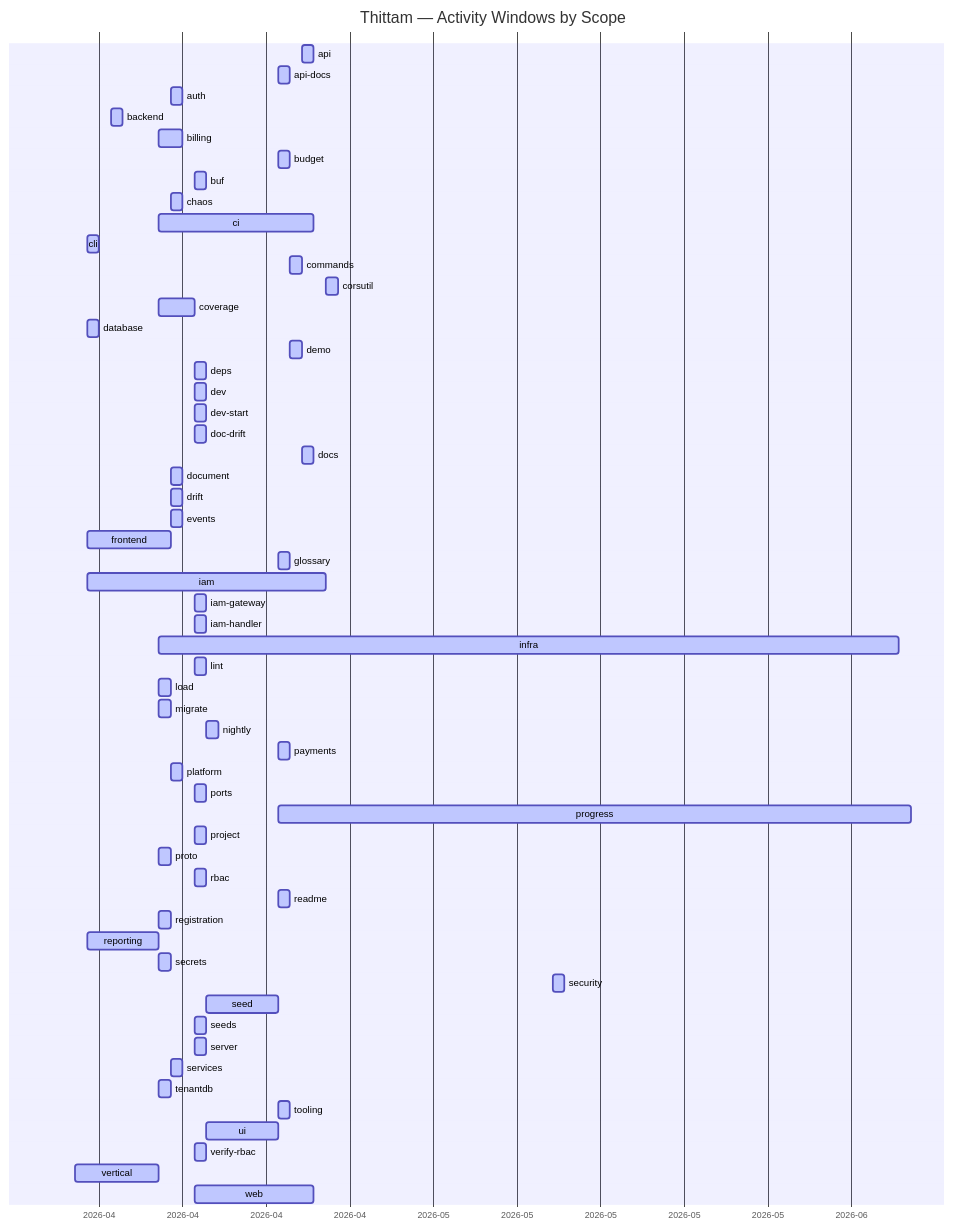
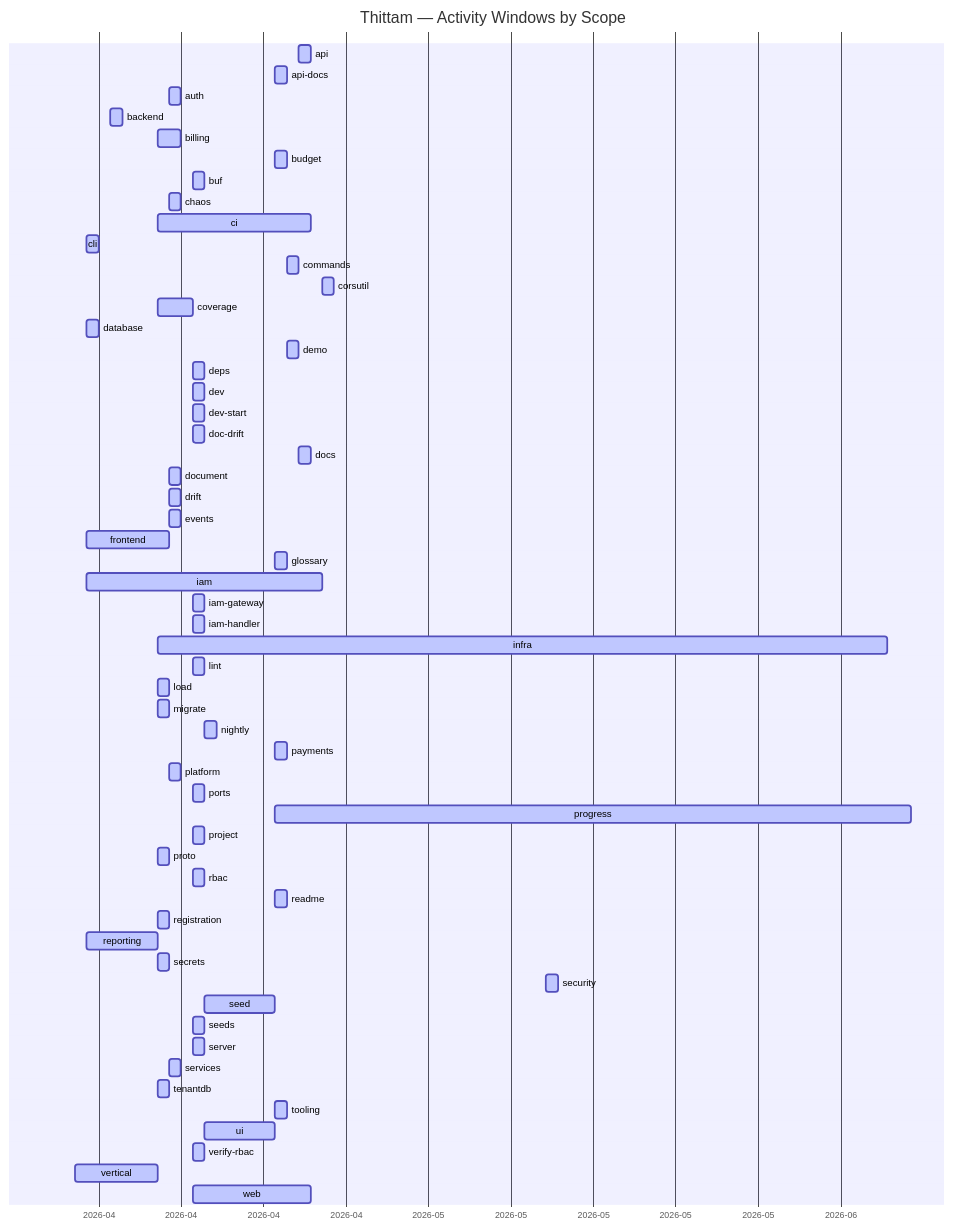
The diagram in docs/PROGRESS.md (wegofwd2020-hub/thittam), drawn with Mermaid before and after one commit. The commit also changed other lines of this file and 1 other file, not shown here.

Commit message:
chore(progress): nightly update of docs/PROGRESS.md + CSVs

````diff
--- a/docs/PROGRESS.md
+++ b/docs/PROGRESS.md
@@ -9,61 +9,61 @@
 ```mermaid
 gantt
     title Thittam — Activity Windows by Scope
     dateFormat YYYY-MM-DD
     axisFormat %Y-%m
     api                :active, s_api, 2026-04-22, 2026-04-23
     api-docs           :active, s_api_docs, 2026-04-20, 2026-04-21
     auth               :active, s_auth, 2026-04-11, 2026-04-12
     backend            :active, s_backend, 2026-04-06, 2026-04-07
     billing            :active, s_billing, 2026-04-10, 2026-04-12
     budget             :active, s_budget, 2026-04-20, 2026-04-21
     buf                :active, s_buf, 2026-04-13, 2026-04-14
     chaos              :active, s_chaos, 2026-04-11, 2026-04-12
     ci                 :active, s_ci, 2026-04-10, 2026-04-23
     cli                :active, s_cli, 2026-04-04, 2026-04-05
     commands           :active, s_commands, 2026-04-21, 2026-04-22
     corsutil           :active, s_corsutil, 2026-04-24, 2026-04-25
     coverage           :active, s_coverage, 2026-04-10, 2026-04-13
     database           :active, s_database, 2026-04-04, 2026-04-05
     demo               :active, s_demo, 2026-04-21, 2026-04-22
     deps               :active, s_deps, 2026-04-13, 2026-04-14
     dev                :active, s_dev, 2026-04-13, 2026-04-14
     dev-start          :active, s_dev_start, 2026-04-13, 2026-04-14
     doc-drift          :active, s_doc_drift, 2026-04-13, 2026-04-14
     docs               :active, s_docs, 2026-04-22, 2026-04-23
     document           :active, s_document, 2026-04-11, 2026-04-12
     drift              :active, s_drift, 2026-04-11, 2026-04-12
     events             :active, s_events, 2026-04-11, 2026-04-12
     frontend           :active, s_frontend, 2026-04-04, 2026-04-11
     glossary           :active, s_glossary, 2026-04-20, 2026-04-21
     iam                :active, s_iam, 2026-04-04, 2026-04-24
     iam-gateway        :active, s_iam_gateway, 2026-04-13, 2026-04-14
     iam-handler        :active, s_iam_handler, 2026-04-13, 2026-04-14
     infra              :active, s_infra, 2026-04-10, 2026-06-11
     lint               :active, s_lint, 2026-04-13, 2026-04-14
     load               :active, s_load, 2026-04-10, 2026-04-11
     migrate            :active, s_migrate, 2026-04-10, 2026-04-11
     nightly            :active, s_nightly, 2026-04-14, 2026-04-15
     payments           :active, s_payments, 2026-04-20, 2026-04-21
     platform           :active, s_platform, 2026-04-11, 2026-04-12
     ports              :active, s_ports, 2026-04-13, 2026-04-14
-    progress           :active, s_progress, 2026-04-20, 2026-06-12
+    progress           :active, s_progress, 2026-04-20, 2026-06-13
     project            :active, s_project, 2026-04-13, 2026-04-14
     proto              :active, s_proto, 2026-04-10, 2026-04-11
     rbac               :active, s_rbac, 2026-04-13, 2026-04-14
     readme             :active, s_readme, 2026-04-20, 2026-04-21
     registration       :active, s_registration, 2026-04-10, 2026-04-11
     reporting          :active, s_reporting, 2026-04-04, 2026-04-10
     secrets            :active, s_secrets, 2026-04-10, 2026-04-11
     security           :active, s_security, 2026-05-13, 2026-05-14
     seed               :active, s_seed, 2026-04-14, 2026-04-20
     seeds              :active, s_seeds, 2026-04-13, 2026-04-14
     server             :active, s_server, 2026-04-13, 2026-04-14
     services           :active, s_services, 2026-04-11, 2026-04-12
     tenantdb           :active, s_tenantdb, 2026-04-10, 2026-04-11
     tooling            :active, s_tooling, 2026-04-20, 2026-04-21
     ui                 :active, s_ui, 2026-04-14, 2026-04-20
     verify-rbac        :active, s_verify_rbac, 2026-04-13, 2026-04-14
     vertical           :active, s_vertical, 2026-04-03, 2026-04-10
     web                :active, s_web, 2026-04-13, 2026-04-23
 ```
````
